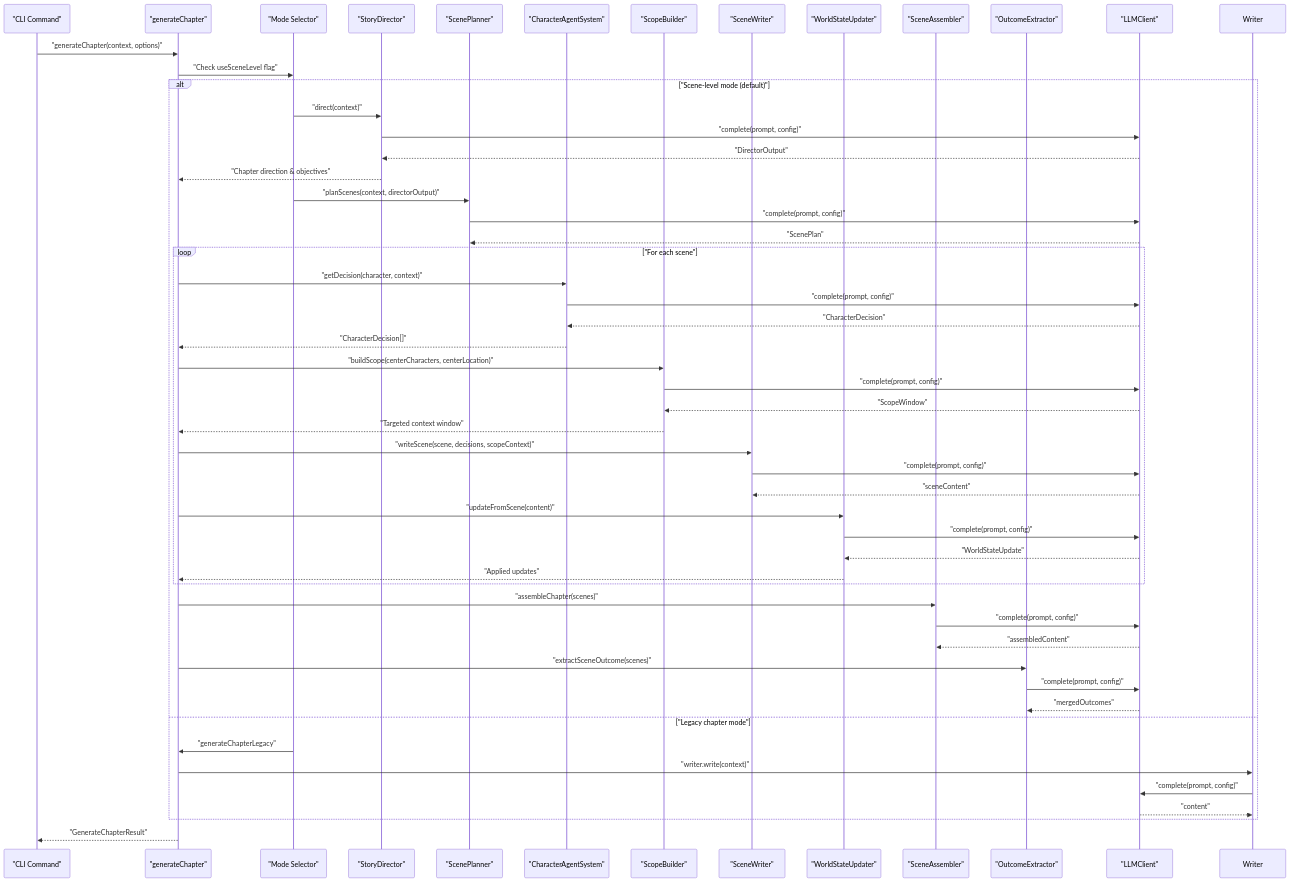
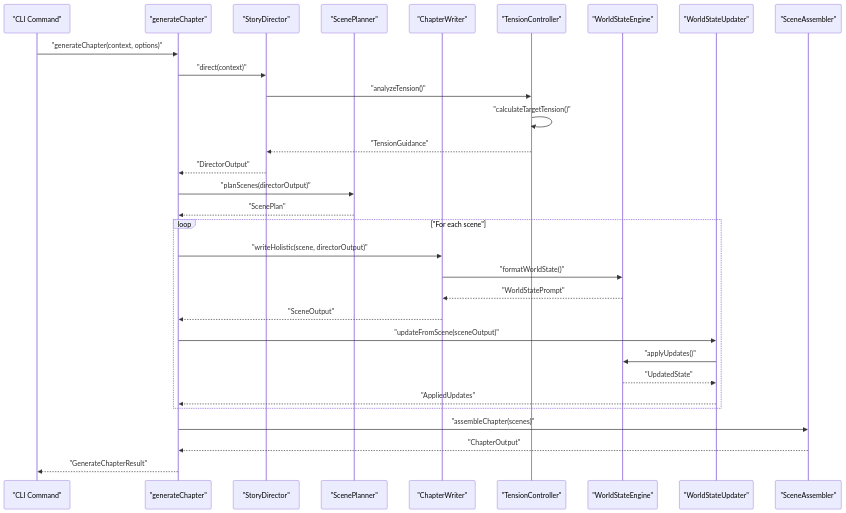
Before and after one commit to liwonder/NARRITIVE_OS: the second of 4 diagrams in .qoder/repowiki/en/content/Engine Architecture/Generation Pipeline.md, drawn with Mermaid. The commit also changed other lines of this file and 14 other files, not shown here.

````diff
--- a/.qoder/repowiki/en/content/Engine Architecture/Generation Pipeline.md
+++ b/.qoder/repowiki/en/content/Engine Architecture/Generation Pipeline.md
@@ -217,55 +146,33 @@
 ```mermaid
 sequenceDiagram
 participant CLI as "CLI Command"
 participant Engine as "generateChapter"
-participant Mode as "Mode Selector"
 participant Director as "StoryDirector"
 participant Planner as "ScenePlanner"
-participant Agents as "CharacterAgentSystem"
-participant Scope as "ScopeBuilder"
-participant SceneGen as "SceneWriter"
-participant WorldUpd as "WorldStateUpdater"
+participant Writer as "ChapterWriter"
+participant Tension as "TensionController"
+participant World as "WorldStateEngine"
+participant Updater as "WorldStateUpdater"
 participant Assembler as "SceneAssembler"
-participant Outcome as "OutcomeExtractor"
-participant LLM as "LLMClient"
 CLI->>Engine : "generateChapter(context, options)"
-Engine->>Mode : "Check useSceneLevel flag"
-alt "Scene-level mode (default)"
-Mode->>Director : "direct(context)"
-Director->>LLM : "complete(prompt, config)"
-LLM-->>Director : "DirectorOutput"
-Director-->>Engine : "Chapter direction & objectives"
-Mode->>Planner : "planScenes(context, directorOutput)"
-Planner->>LLM : "complete(prompt, config)"
-LLM-->>Planner : "ScenePlan"
+Engine->>Director : "direct(context)"
+Director->>Tension : "analyzeTension()"
+Tension->>Tension : "calculateTargetTension()"
+Tension-->>Director : "TensionGuidance"
+Director-->>Engine : "DirectorOutput"
+Engine->>Planner : "planScenes(directorOutput)"
+Planner-->>Engine : "ScenePlan"
 loop "For each scene"
-Engine->>Agents : "getDecision(character, context)"
-Agents->>LLM : "complete(prompt, config)"
-LLM-->>Agents : "CharacterDecision"
-Agents-->>Engine : "CharacterDecision[]"
-Engine->>Scope : "buildScope(centerCharacters, centerLocation)"
-Scope->>LLM : "complete(prompt, config)"
-LLM-->>Scope : "ScopeWindow"
-Scope-->>Engine : "Targeted context window"
-Engine->>SceneGen : "writeScene(scene, decisions, scopeContext)"
-SceneGen->>LLM : "complete(prompt, config)"
-LLM-->>SceneGen : "sceneContent"
-Engine->>WorldUpd : "updateFromScene(content)"
-WorldUpd->>LLM : "complete(prompt, config)"
-LLM-->>WorldUpd : "WorldStateUpdate"
-WorldUpd-->>Engine : "Applied updates"
+Engine->>Writer : "writeHolistic(scene, directorOutput)"
+Writer->>World : "formatWorldState()"
+World-->>Writer : "WorldStatePrompt"
+Writer-->>Engine : "SceneOutput"
+Engine->>Updater : "updateFromScene(sceneOutput)"
+Updater->>World : "applyUpdates()"
+World-->>Updater : "UpdatedState"
+Updater-->>Engine : "AppliedUpdates"
 end
 Engine->>Assembler : "assembleChapter(scenes)"
-Assembler->>LLM : "complete(prompt, config)"
-LLM-->>Assembler : "assembledContent"
-Engine->>Outcome : "extractSceneOutcome(scenes)"
-Outcome->>LLM : "complete(prompt, config)"
-LLM-->>Outcome : "mergedOutcomes"
-else "Legacy chapter mode"
-Mode->>Engine : "generateChapterLegacy"
-Engine->>Writer : "writer.write(context)"
-Writer->>LLM : "complete(prompt, config)"
-LLM-->>Writer : "content"
-end
+Assembler-->>Engine : "ChapterOutput"
 Engine-->>CLI : "GenerateChapterResult"
 ```
````
